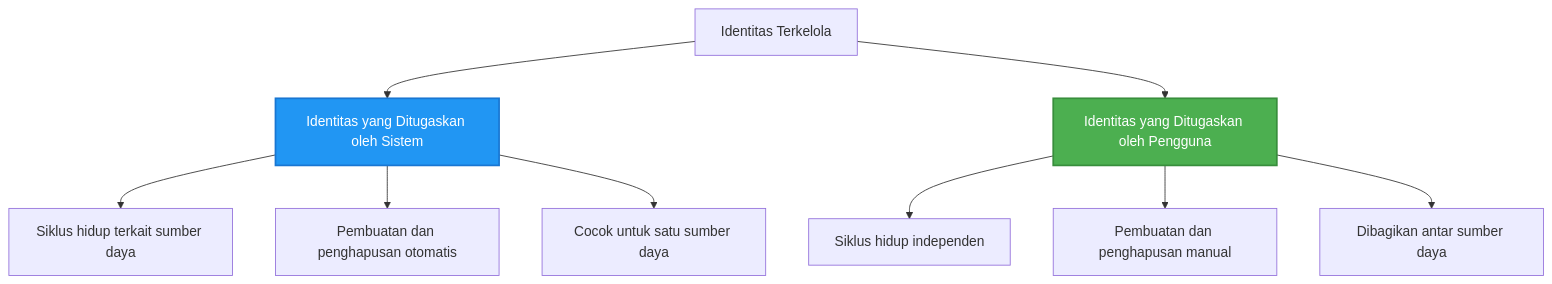
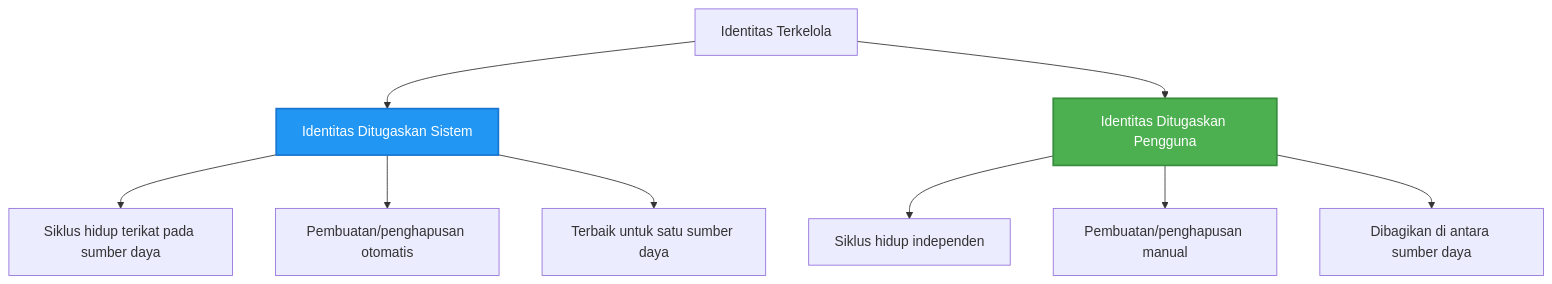
The second of 2 diagrams in translations/id/docs/chapter-03-configuration/authsecurity.md (microsoft/AZD-for-beginners), drawn with Mermaid before and after one commit. The commit also changed other lines of this file and 104 other files, not shown here.

````diff
--- a/translations/id/docs/chapter-03-configuration/authsecurity.md
+++ b/translations/id/docs/chapter-03-configuration/authsecurity.md
@@ -97,20 +98,20 @@
 ```mermaid
 graph TB
     MI[Identitas Terkelola]
-    SystemAssigned[Identitas yang Ditugaskan oleh Sistem]
-    UserAssigned[Identitas yang Ditugaskan oleh Pengguna]
+    SystemAssigned[Identitas Ditugaskan Sistem]
+    UserAssigned[Identitas Ditugaskan Pengguna]
     
     MI --> SystemAssigned
     MI --> UserAssigned
     
-    SystemAssigned --> SA1[Siklus hidup terkait sumber daya]
-    SystemAssigned --> SA2[Pembuatan dan penghapusan otomatis]
-    SystemAssigned --> SA3[Cocok untuk satu sumber daya]
+    SystemAssigned --> SA1[Siklus hidup terikat pada sumber daya]
+    SystemAssigned --> SA2[Pembuatan/penghapusan otomatis]
+    SystemAssigned --> SA3[Terbaik untuk satu sumber daya]
     
     UserAssigned --> UA1[Siklus hidup independen]
-    UserAssigned --> UA2[Pembuatan dan penghapusan manual]
-    UserAssigned --> UA3[Dibagikan antar sumber daya]
+    UserAssigned --> UA2[Pembuatan/penghapusan manual]
+    UserAssigned --> UA3[Dibagikan di antara sumber daya]
     
     style SystemAssigned fill:#2196F3,stroke:#1976D2,stroke-width:2px,color:#fff
     style UserAssigned fill:#4CAF50,stroke:#388E3C,stroke-width:2px,color:#fff
 ```
````
